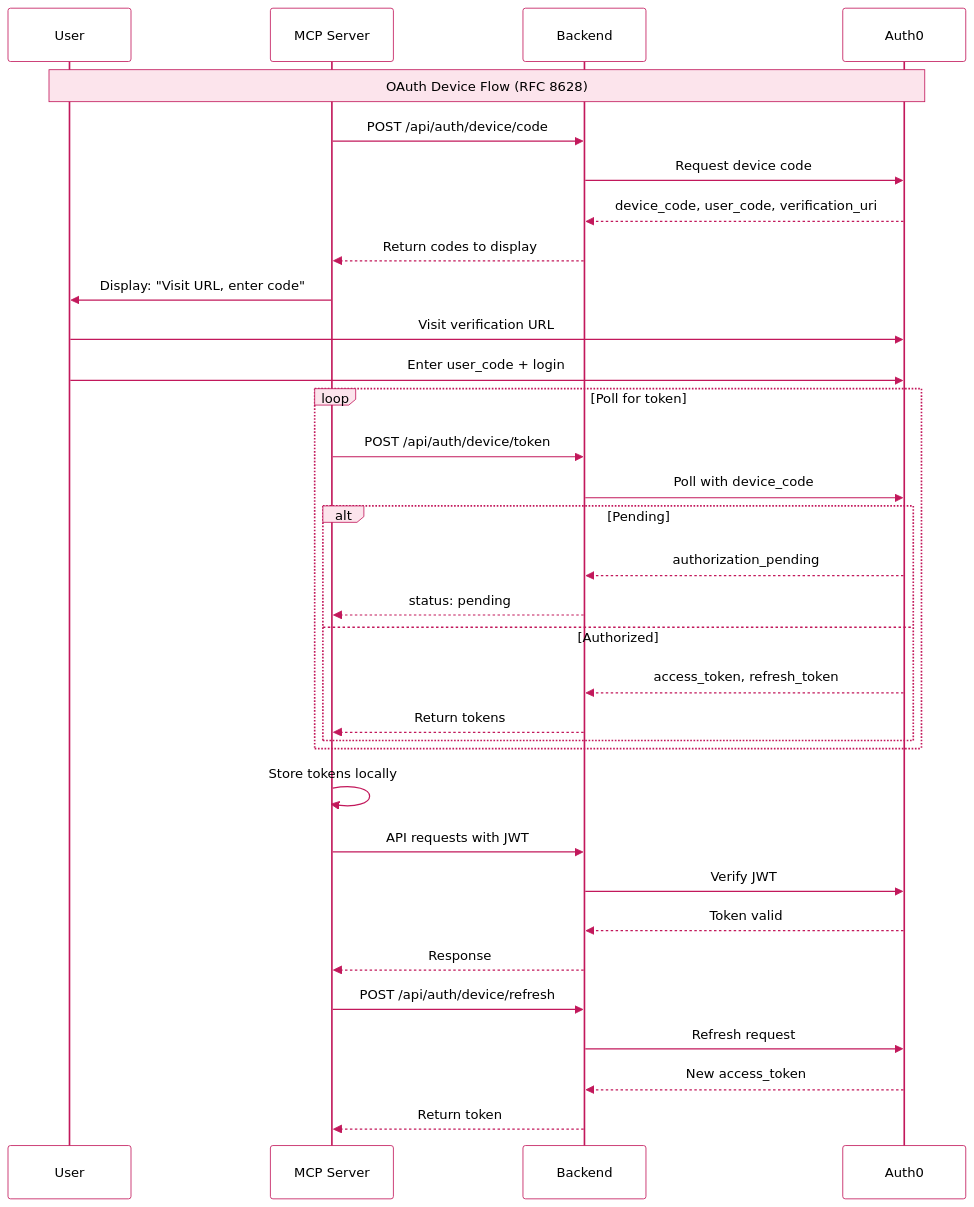
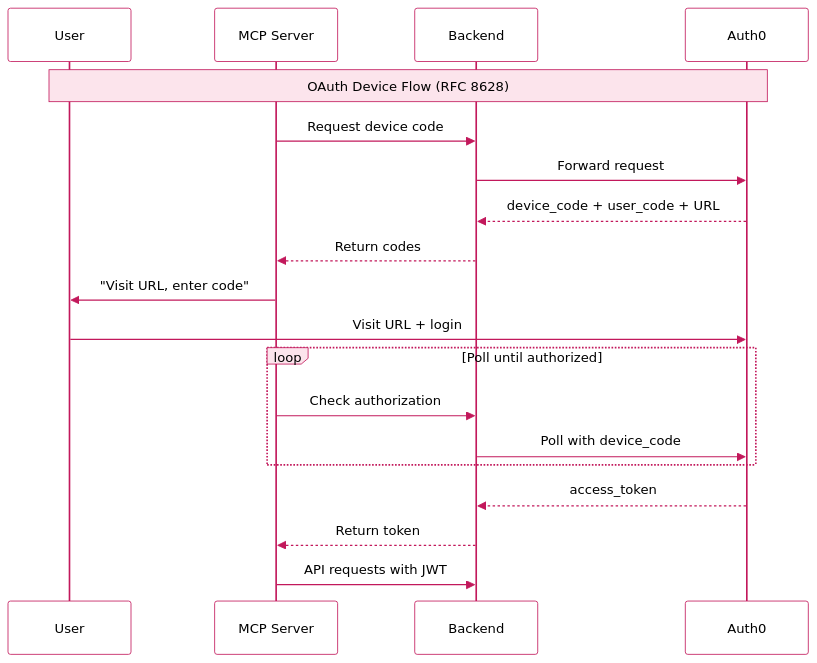
Before and after one commit to evanalulu/vibe8-docs: the fourth of 12 diagrams in diagrams.md, drawn with Mermaid. The commit also changed other lines of this file, not shown here.

First line of the commit message:
Update diagram colors and layouts for visual consistency

````diff
--- a/diagrams.md
+++ b/diagrams.md
@@ -225,42 +226,27 @@
 ```mermaid
-%%{init: {'theme':'base', 'themeVariables': { 'primaryColor':'#FCE4EC','primaryTextColor':'#000','primaryBorderColor':'#C2185B','lineColor':'#C2185B','secondaryColor':'#FFF3E0','tertiaryColor':'#F1F8E9','noteBkgColor':'#FCE4EC','noteTextColor':'#000','noteBorderColor':'#C2185B','actorBorder':'#C2185B','actorBkg':'#ffffff','actorTextColor':'#000','actorLineColor':'#C2185B','signalColor':'#C2185B','signalTextColor':'#000','labelBoxBkgColor':'#FCE4EC','labelBoxBorderColor':'#C2185B','labelTextColor':'#000','loopTextColor':'#000','activationBorderColor':'#C2185B','activationBkgColor':'#FCE4EC','sequenceNumberColor':'#000','altBorderColor':'#F57C00','altBkgColor':'#FFF8E1'}}}%%
+%%{init: {'theme':'base', 'themeVariables': { 'primaryColor':'#FCE4EC','primaryTextColor':'#000','primaryBorderColor':'#C2185B','lineColor':'#C2185B','secondaryColor':'#FFF3E0','tertiaryColor':'#F1F8E9','noteBkgColor':'#FCE4EC','noteTextColor':'#000','noteBorderColor':'#C2185B','actorBorder':'#C2185B','actorBkg':'#ffffff','actorTextColor':'#000','actorLineColor':'#C2185B','signalColor':'#C2185B','signalTextColor':'#000','labelBoxBkgColor':'#FCE4EC','labelBoxBorderColor':'#C2185B','labelTextColor':'#000','loopTextColor':'#000','activationBorderColor':'#C2185B','activationBkgColor':'#FCE4EC','sequenceNumberColor':'#000'}}}%%
 sequenceDiagram
    participant U as User
    participant M as MCP Server
    participant B as Backend
    participant A as Auth0
 
    Note over U,A: OAuth Device Flow (RFC 8628)
 
-   M->>B: POST /api/auth/device/code
-   B->>A: Request device code
-   A-->>B: device_code, user_code, verification_uri
-   B-->>M: Return codes to display
+   M->>B: Request device code
+   B->>A: Forward request
+   A-->>B: device_code + user_code + URL
+   B-->>M: Return codes
 
-   M->>U: Display: "Visit URL, enter code"
-   U->>A: Visit verification URL
-   U->>A: Enter user_code + login
+   M->>U: "Visit URL, enter code"
+   U->>A: Visit URL + login
 
-   loop Poll for token
-       M->>B: POST /api/auth/device/token
+   loop Poll until authorized
+       M->>B: Check authorization
        B->>A: Poll with device_code
-       alt Pending
-           A-->>B: authorization_pending
-           B-->>M: status: pending
-       else Authorized
-           A-->>B: access_token, refresh_token
-           B-->>M: Return tokens
-       end
    end
+   A-->>B: access_token
+   B-->>M: Return token
 
-   M->>M: Store tokens locally
    M->>B: API requests with JWT
-   B->>A: Verify JWT
-   A-->>B: Token valid
-   B-->>M: Response
-
-   M->>B: POST /api/auth/device/refresh
-   B->>A: Refresh request
-   A-->>B: New access_token
-   B-->>M: Return token
 ```
````
